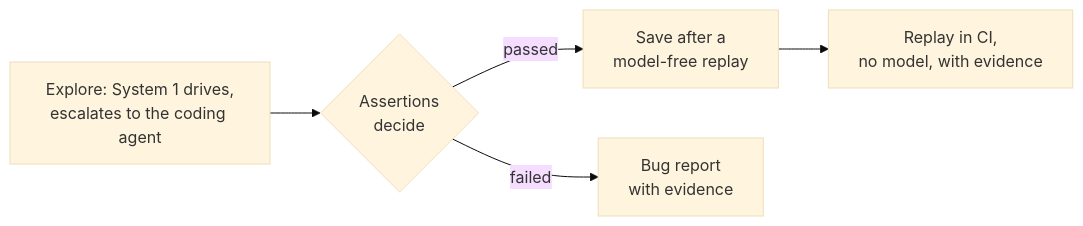
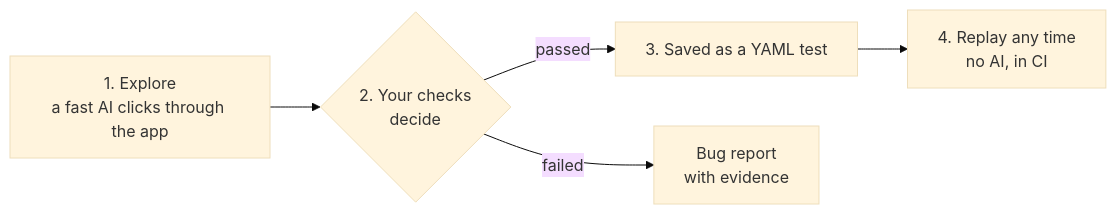
Before and after one commit to connext-solutions/flowctl: the diagram in README.md, drawn with Mermaid (base theme). The commit also changed other lines of this file and 1 other file, not shown here.

````diff
--- a/README.md
+++ b/README.md
@@ -37,7 +59,7 @@
 ```mermaid
 flowchart LR
-  E["Explore: System 1 drives,<br/>escalates to the coding agent"] --> A{"Assertions<br/>decide"}
-  A -- passed --> S["Save after a<br/>model-free replay"]
-  S --> R["Replay in CI,<br/>no model, with evidence"]
+  E["1. Explore<br/>a fast AI clicks through the app"] --> A{"2. Your checks<br/>decide"}
+  A -- passed --> S["3. Saved as a YAML test"]
+  S --> R["4. Replay any time<br/>no AI, in CI"]
   A -- failed --> B["Bug report<br/>with evidence"]
 ```
````
